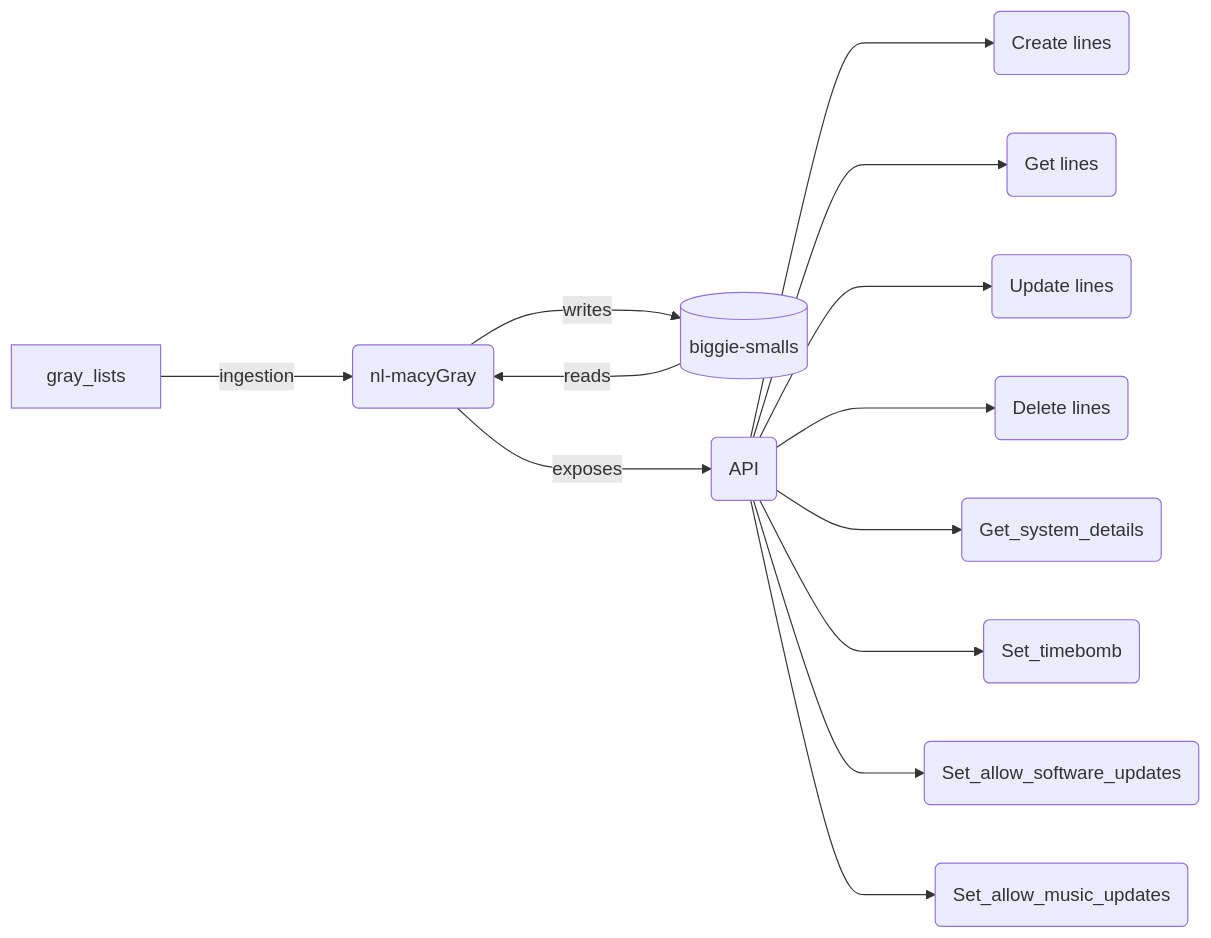
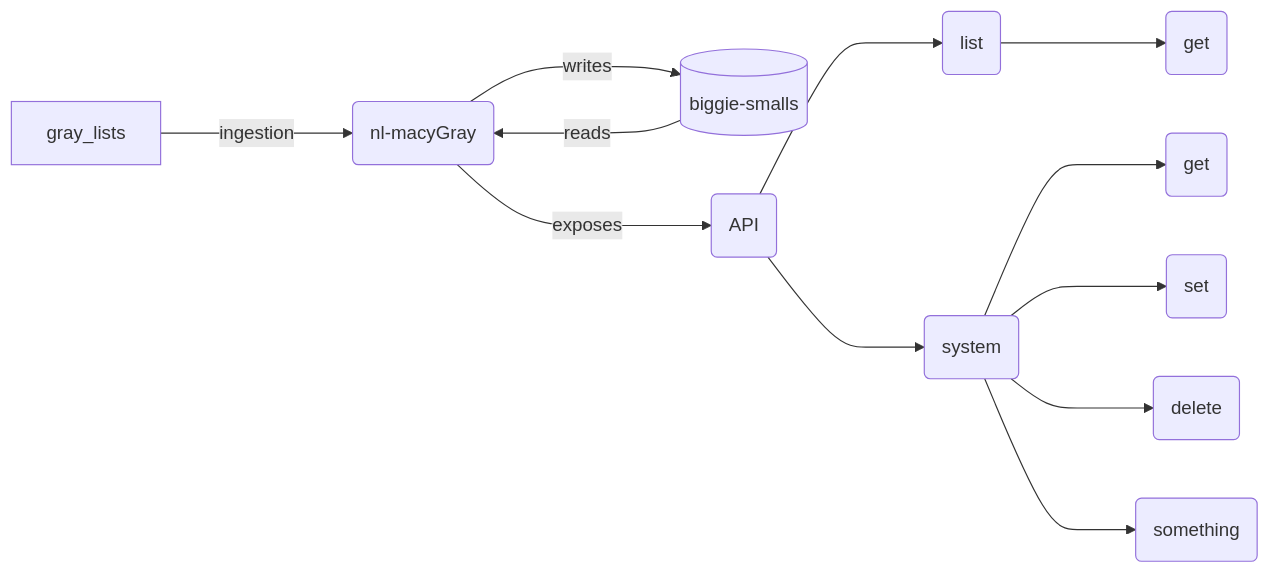
One commit to seanmull/vimwiki changed the diagram in proposal for this gray list backend.md. Above: the diagram before and after it, drawn with Mermaid. The commit also changed other lines of this file and 5 other files, not shown here.

````diff
--- a/proposal for this gray list backend.md
+++ b/proposal for this gray list backend.md
@@ -300,15 +337,15 @@
 ```mermaid
 flowchart LR 
 A[gray_lists] --->|ingestion| B(nl-macyGray)
 B --->|writes| C[(biggie-smalls)]
 C --->|reads| B
 B --->|exposes| D(API)
-D ---> E(Create lines)
-D ---> F(Get lines)
-D ---> G(Update lines)
-D ---> H(Delete lines)
-D ---> I(Get_system_details)
-D ---> J(Set_timebomb)
-D ---> K(Set_allow_software_updates)
-D ---> L(Set_allow_music_updates)
+D ---> E(list)
+E ---> G(get)
+D ---> F(system)
+F ---> I(get)
+F ---> J(set)
+F ---> K(delete)
+F ---> L(something)
+
 ```
````
